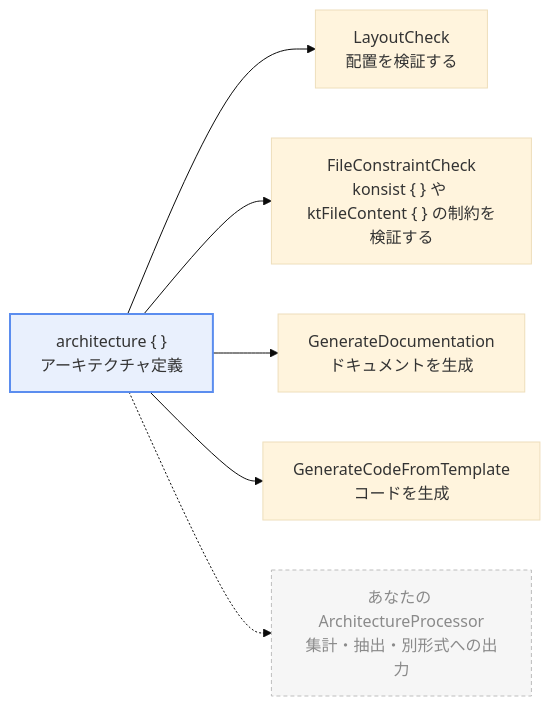
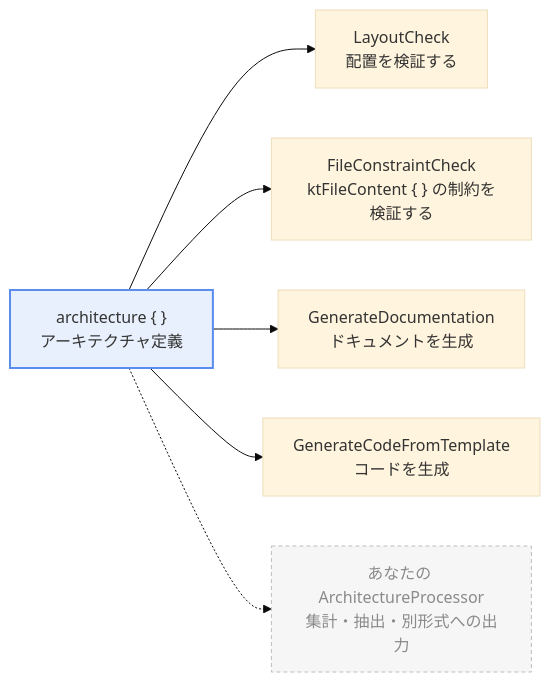
Before and after one commit to TBSten/katachi: the diagram in docs/src/content/docs/ja/guides/processor.mdx, drawn with Mermaid (base theme). The commit also changed other lines of this file and 42 other files, not shown here.

````diff
--- a/docs/src/content/docs/ja/guides/processor.mdx
+++ b/docs/src/content/docs/ja/guides/processor.mdx
@@ -50,12 +48,12 @@
 ```mermaid
 flowchart LR
     D["architecture { }<br/>アーキテクチャ定義"]
     D --> Layout["LayoutCheck<br/>配置を検証する"]
-    D --> Konsist["FileConstraintCheck<br/>konsist { } や ktFileContent { } の制約を検証する"]
+    D --> FileConstraint["FileConstraintCheck<br/>ktFileContent { } の制約を検証する"]
     D --> Doc["GenerateDocumentation<br/>ドキュメントを生成"]
     D --> Template["GenerateCodeFromTemplate<br/>コードを生成"]
     D -.-> Custom["あなたの ArchitectureProcessor<br/>集計・抽出・別形式への出力"]
 
     style D fill:#5B8DEF22,stroke:#5B8DEF,stroke-width:2px
     style Custom fill:#BDBDBD22,stroke:#BDBDBD,stroke-dasharray:4 3,color:#8A8A8A
 ```
````
